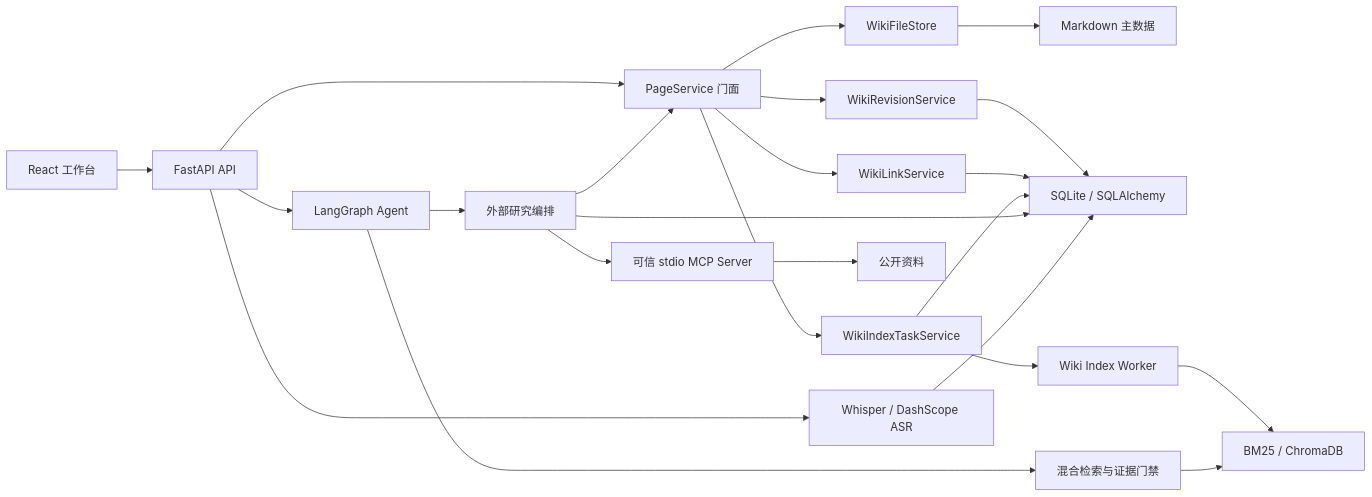
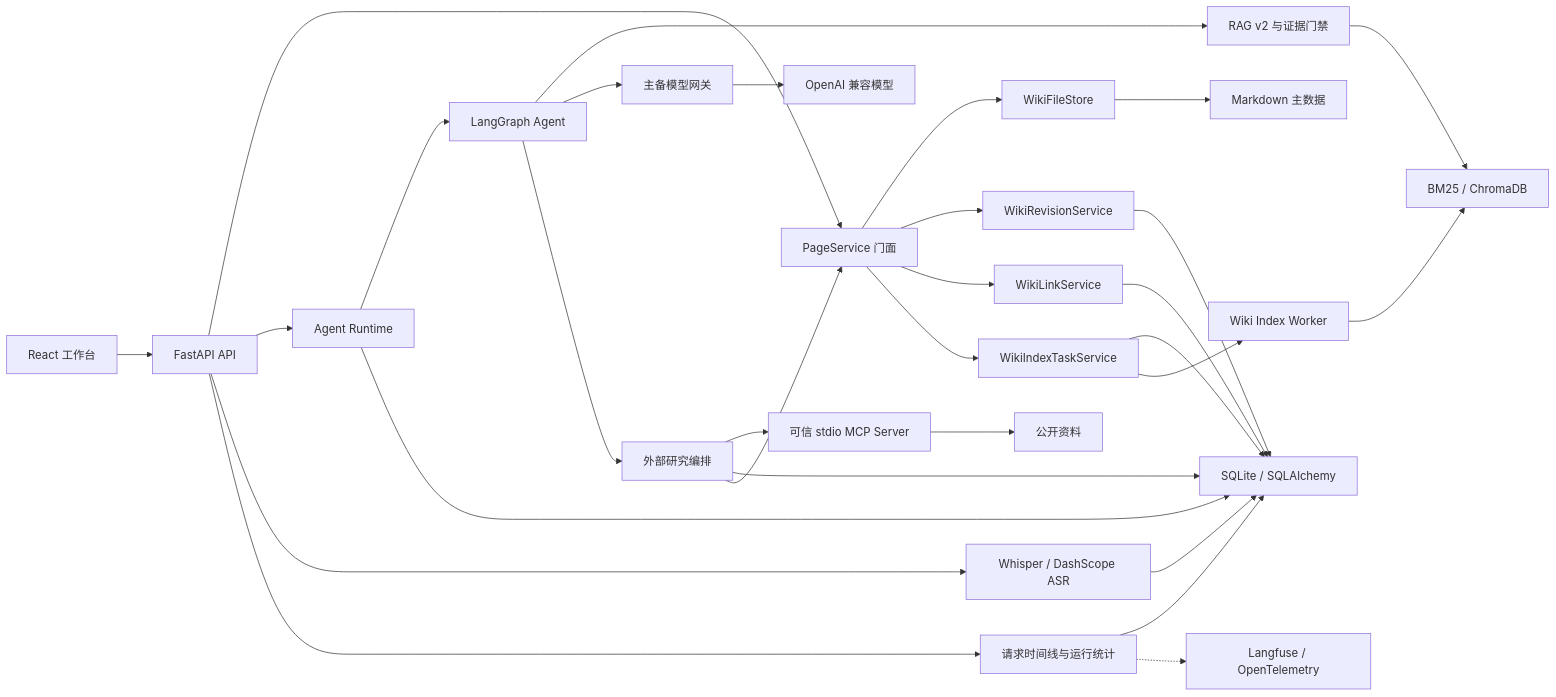
Before and after one commit to 3336-zheng/zhiyu-voice-assistant: the diagram in docs/architecture.md, drawn with Mermaid. The commit also changed other lines of this file and 52 other files, not shown here.

Commit message:
refactor: 重构 Agent 架构并完善可信 RAG

````diff
--- a/docs/architecture.md
+++ b/docs/architecture.md
@@ -11,25 +11,32 @@
 ```mermaid
 flowchart LR
     UI["React 工作台"] --> API["FastAPI API"]
     API --> PAGE["PageService 门面"]
     PAGE --> FILE["WikiFileStore"]
     PAGE --> REV["WikiRevisionService"]
     PAGE --> LINK["WikiLinkService"]
     PAGE --> TASK["WikiIndexTaskService"]
     FILE --> MD["Markdown 主数据"]
     REV --> DB["SQLite / SQLAlchemy"]
     LINK --> DB
     TASK --> DB
     TASK --> WORKER["Wiki Index Worker"]
     WORKER --> SEARCH["BM25 / ChromaDB"]
-    API --> AGENT["LangGraph Agent"]
-    AGENT --> RETRIEVAL["混合检索与证据门禁"]
+    API --> RUNTIME["Agent Runtime"]
+    RUNTIME --> AGENT["LangGraph Agent"]
+    RUNTIME --> DB
+    AGENT --> RETRIEVAL["RAG v2 与证据门禁"]
     RETRIEVAL --> SEARCH
+    AGENT --> GATEWAY["主备模型网关"]
+    GATEWAY --> LLM["OpenAI 兼容模型"]
     AGENT --> RESEARCH["外部研究编排"]
     RESEARCH --> MCP["可信 stdio MCP Server"]
     MCP --> WEB["公开资料"]
     RESEARCH --> DB
     RESEARCH --> PAGE
     API --> AUDIO["Whisper / DashScope ASR"]
     AUDIO --> DB
+    API --> OBS["请求时间线与运行统计"]
+    OBS --> DB
+    OBS -.-> TRACE["Langfuse / OpenTelemetry"]
 ```
````
